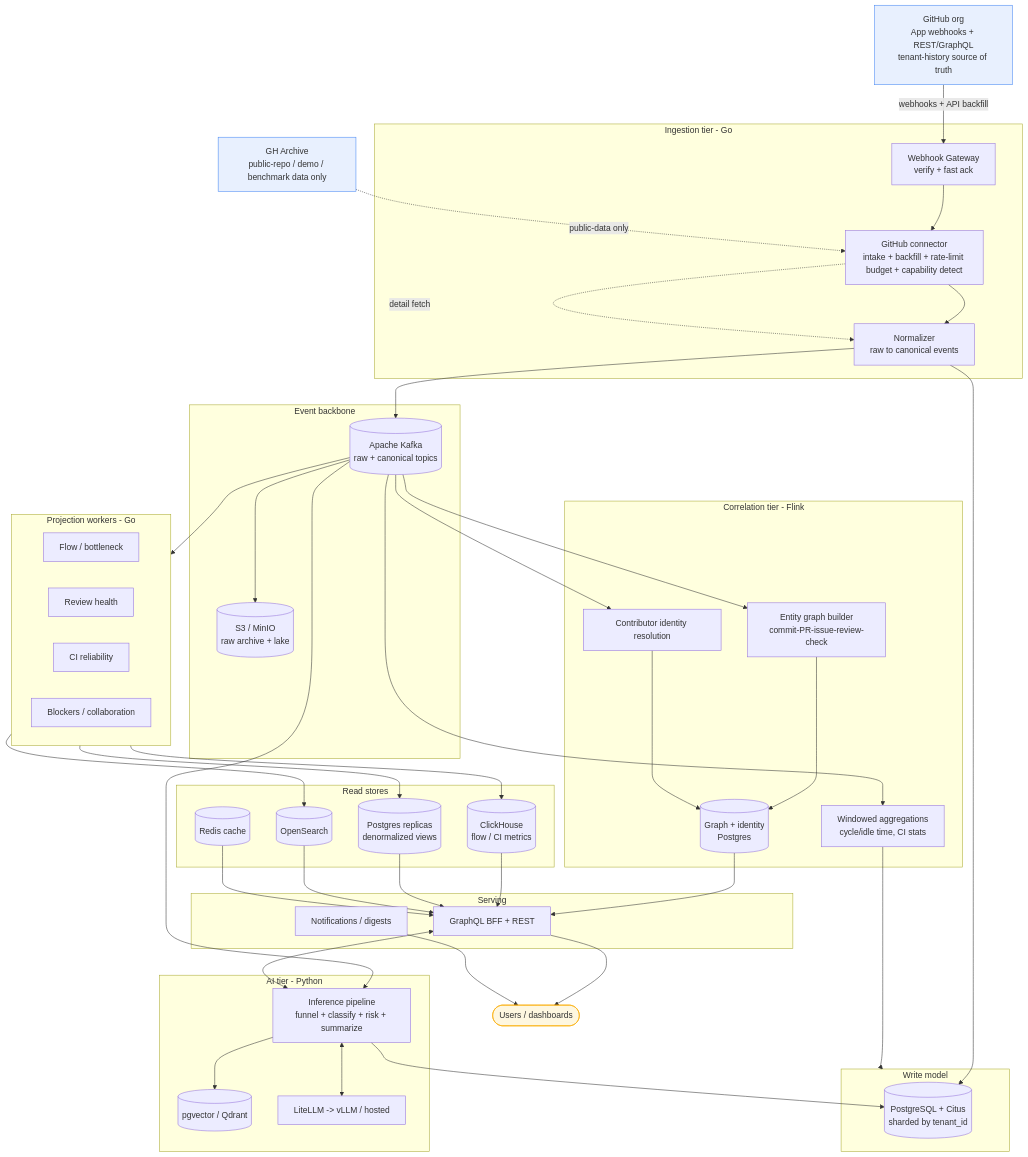
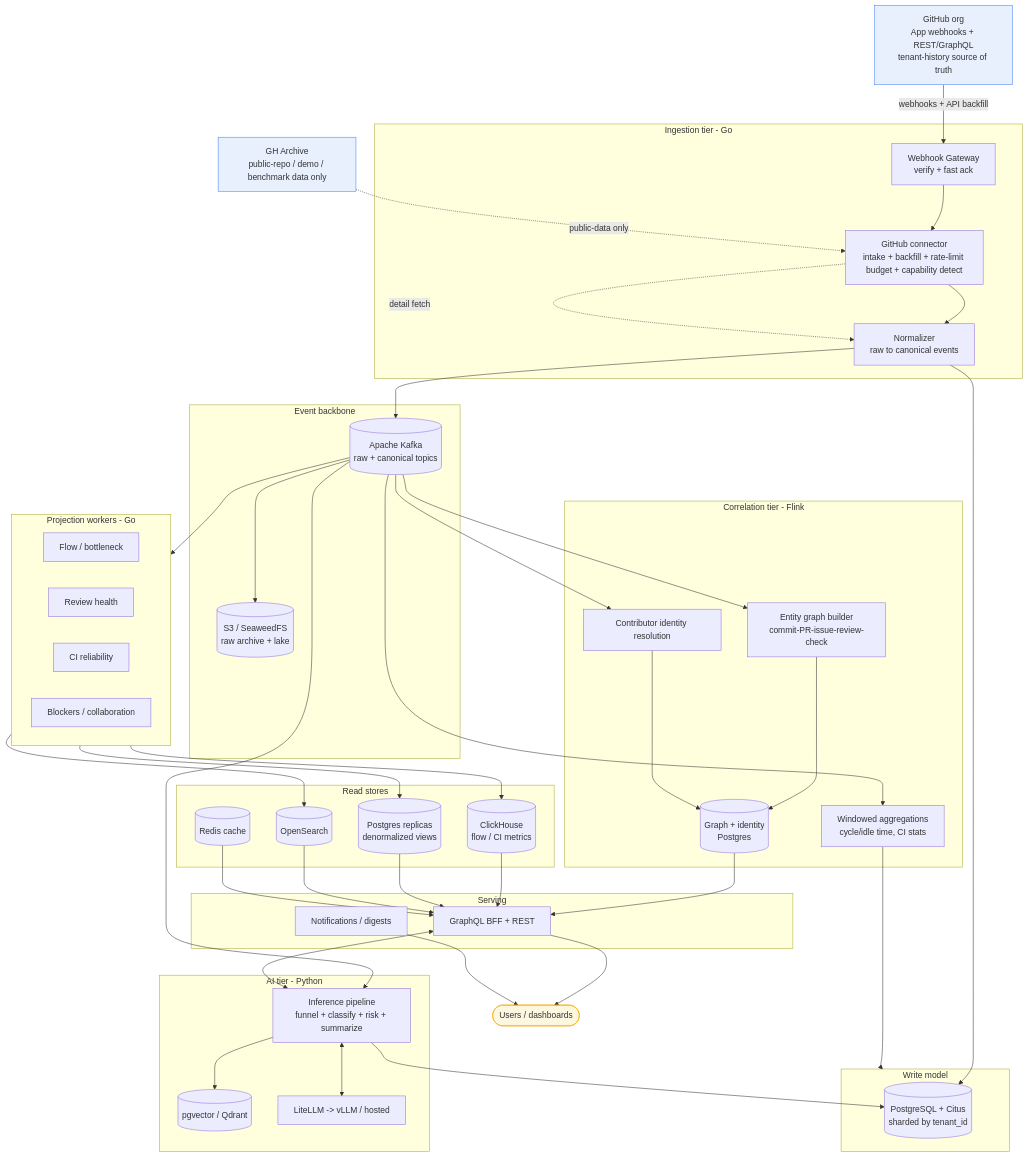
Before and after one commit to rishav91/dev-intel-platform: the first of 3 diagrams in docs/ARCHITECTURE.md, drawn with Mermaid. The commit also changed 10 other files, not shown here.

Commit message:
chore: replace archived MinIO with SeaweedFS for local S3

````diff
--- a/docs/ARCHITECTURE.md
+++ b/docs/ARCHITECTURE.md
@@ -16,75 +16,75 @@
 ```mermaid
 flowchart TB
     GH[GitHub org<br/>App webhooks + REST/GraphQL<br/>tenant-history source of truth]:::src
     GHA[GH Archive<br/>public-repo / demo / benchmark data only]:::src
 
     subgraph ING[Ingestion tier - Go]
         WH[Webhook Gateway<br/>verify + fast ack]
         CONN[GitHub connector<br/>intake + backfill + rate-limit budget + capability detect]
         NORM[Normalizer<br/>raw to canonical events]
     end
 
     subgraph BUS[Event backbone]
         K[(Apache Kafka<br/>raw + canonical topics)]
-        S3[(S3 / MinIO<br/>raw archive + lake)]
+        S3[(S3 / SeaweedFS<br/>raw archive + lake)]
     end
 
     subgraph CORR[Correlation tier - Flink]
         GRAPH[Entity graph builder<br/>commit-PR-issue-review-check]
         IDR[Contributor identity resolution]
         AGG[Windowed aggregations<br/>cycle/idle time, CI stats]
         G[(Graph + identity<br/>Postgres)]
     end
 
     subgraph WRITE[Write model]
         PG[(PostgreSQL + Citus<br/>sharded by tenant_id)]
     end
 
     subgraph PROJ[Projection workers - Go]
         P1[Flow / bottleneck]
         P2[Review health]
         P3[CI reliability]
         P4[Blockers / collaboration]
     end
 
     subgraph READ[Read stores]
         CH[(ClickHouse<br/>flow / CI metrics)]
         RPG[(Postgres replicas<br/>denormalized views)]
         OS[(OpenSearch)]
         RED[(Redis cache)]
     end
 
     subgraph AI[AI tier - Python]
         AIP[Inference pipeline<br/>funnel + classify + risk + summarize]
         VEC[(pgvector / Qdrant)]
         GW[LiteLLM -> vLLM / hosted]
     end
 
     subgraph SERVE[Serving]
         BFF[GraphQL BFF + REST]
         NTF[Notifications / digests]
     end
 
     USERS([Users / dashboards]):::ext
 
     GH -->|webhooks + API backfill| WH --> CONN --> NORM --> K
     GHA -. public-data only .-> CONN
     CONN -. detail fetch .-> NORM
     K --> S3
     K --> GRAPH --> G
     K --> IDR --> G
     K --> AGG --> WRITE
     NORM --> PG
     K --> PROJ --> CH & RPG & OS
     K --> AIP --> VEC
     AIP --> PG
     G --> BFF
     CH & RPG & OS & RED --> BFF
     AIP <--> GW
     BFF <--> AIP
     BFF --> USERS
     NTF --> USERS
 
     classDef src fill:#e8f0fe,stroke:#4285f4;
     classDef ext fill:#fef7e0,stroke:#f9ab00;
 ```
````
